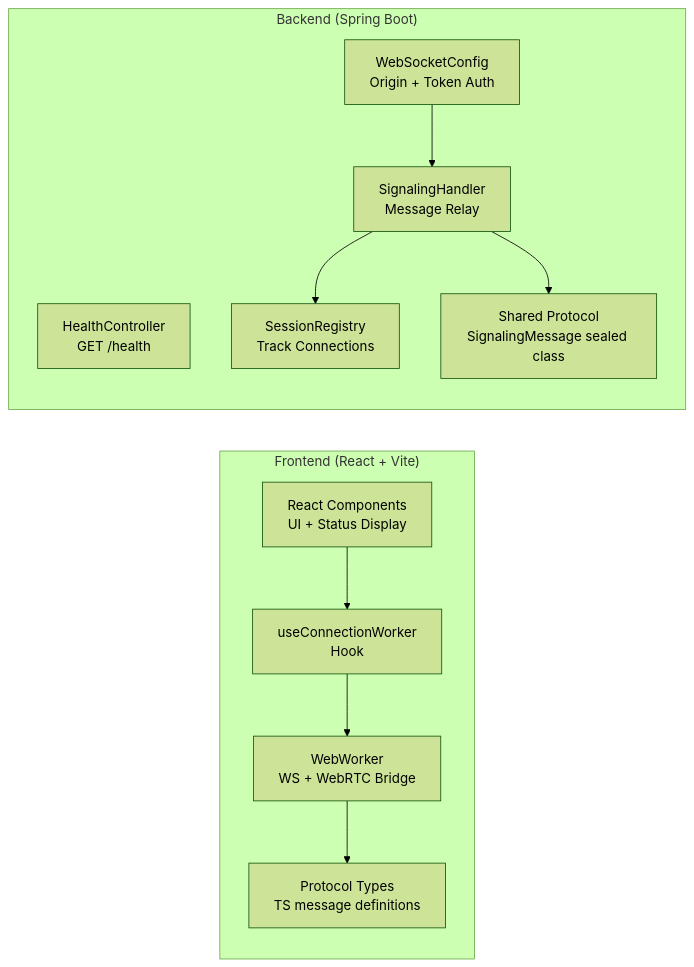
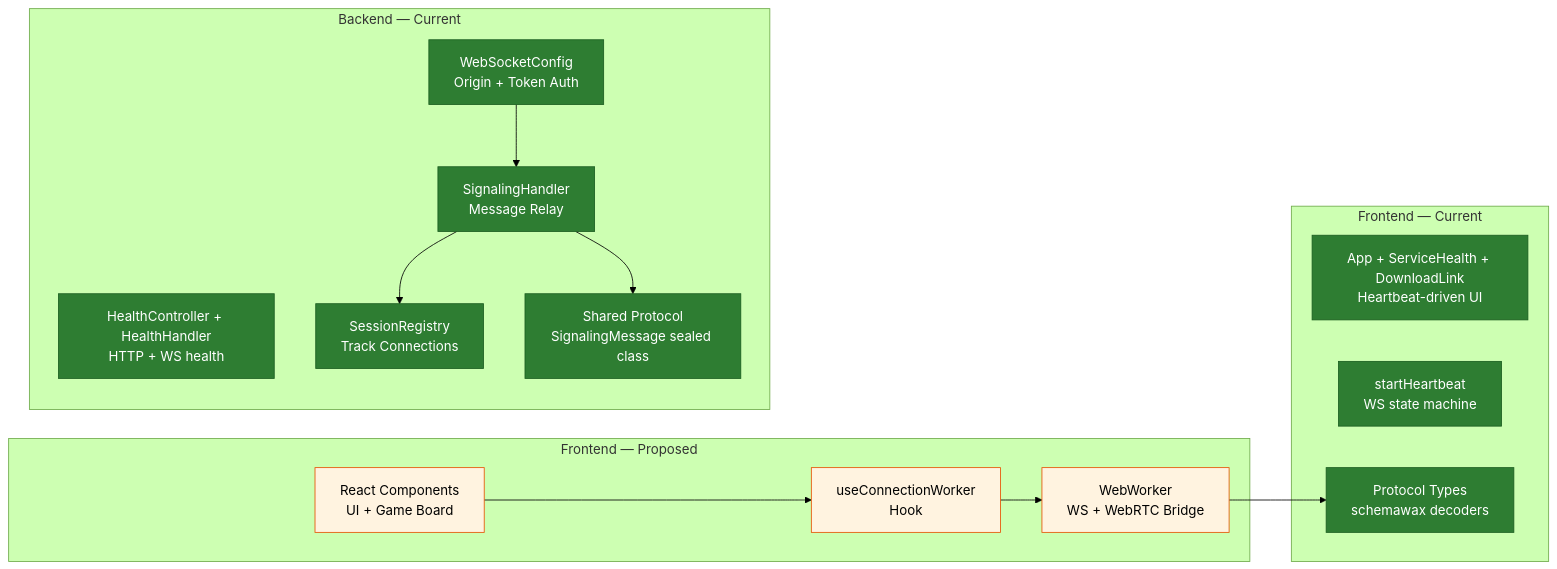
One commit to RyanDur/battleship changed the fourth of 5 diagrams in docs/architecture.md. Above: the diagram before and after it, drawn with Mermaid (forest theme). The commit also changed other lines of this file, not shown here.

Commit message:
Update architecture doc to reflect current state after Stories #30-31

````diff
--- a/docs/architecture.md
+++ b/docs/architecture.md
@@ -158,23 +186,40 @@
 ```mermaid
 graph LR
-    subgraph "Frontend (React + Vite)"
-        RC[React Components<br/>UI + Status Display]
+    subgraph "Frontend — Current"
+        RC_C[App + ServiceHealth + DownloadLink<br/>Heartbeat-driven UI]
+        HB_C[startHeartbeat<br/>WS state machine]
+        PT_C[Protocol Types<br/>schemawax decoders]
+    end
+
+    subgraph "Frontend — Proposed"
+        RC[React Components<br/>UI + Game Board]
         HK[useConnectionWorker<br/>Hook]
         WK[WebWorker<br/>WS + WebRTC Bridge]
-        PT[Protocol Types<br/>TS message definitions]
     end
 
-    subgraph "Backend (Spring Boot)"
-        HC[HealthController<br/>GET /health]
+    subgraph "Backend — Current"
+        HC[HealthController + HealthHandler<br/>HTTP + WS health]
         WC[WebSocketConfig<br/>Origin + Token Auth]
         SH[SignalingHandler<br/>Message Relay]
         SR[SessionRegistry<br/>Track Connections]
         SP[Shared Protocol<br/>SignalingMessage sealed class]
     end
 
     RC --> HK --> WK
-    WK --> PT
+    WK --> PT_C
     SH --> SR
     SH --> SP
     WC --> SH
+
+    style RC_C fill:#2e7d32,stroke:#1b5e20,color:#fff
+    style HB_C fill:#2e7d32,stroke:#1b5e20,color:#fff
+    style PT_C fill:#2e7d32,stroke:#1b5e20,color:#fff
+    style HC fill:#2e7d32,stroke:#1b5e20,color:#fff
+    style WC fill:#2e7d32,stroke:#1b5e20,color:#fff
+    style SH fill:#2e7d32,stroke:#1b5e20,color:#fff
+    style SR fill:#2e7d32,stroke:#1b5e20,color:#fff
+    style SP fill:#2e7d32,stroke:#1b5e20,color:#fff
+    style RC fill:#fff3e0,stroke:#e65100,color:#000
+    style HK fill:#fff3e0,stroke:#e65100,color:#000
+    style WK fill:#fff3e0,stroke:#e65100,color:#000
 ```
````
